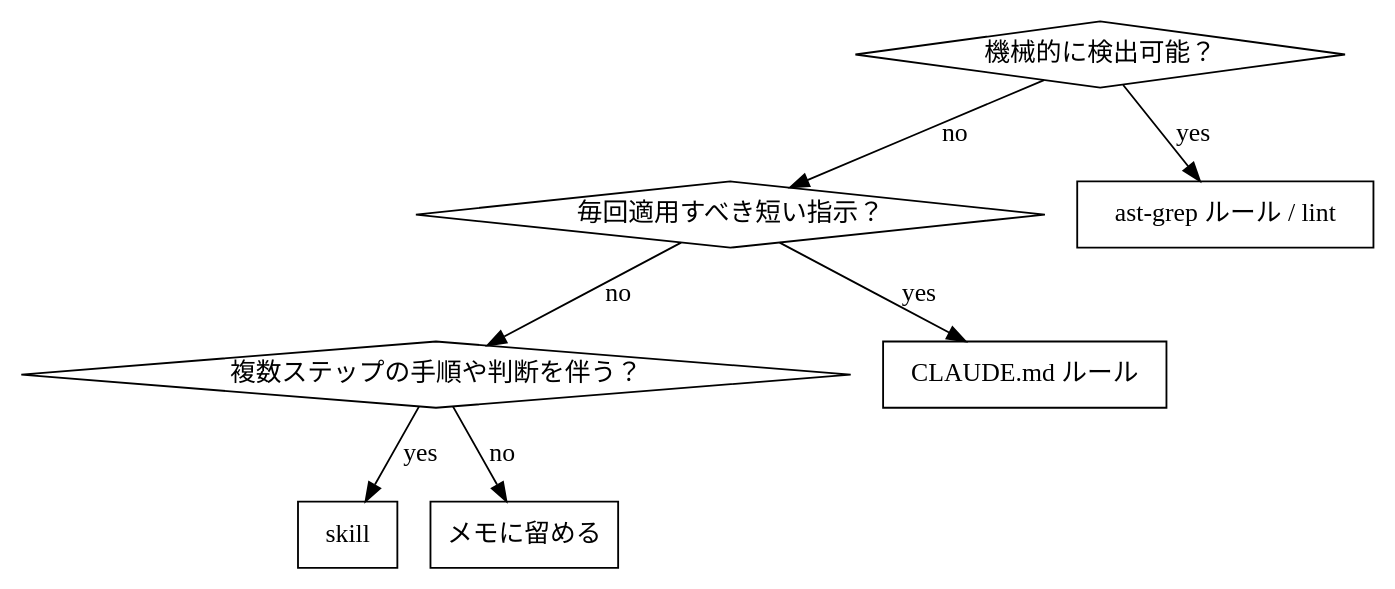
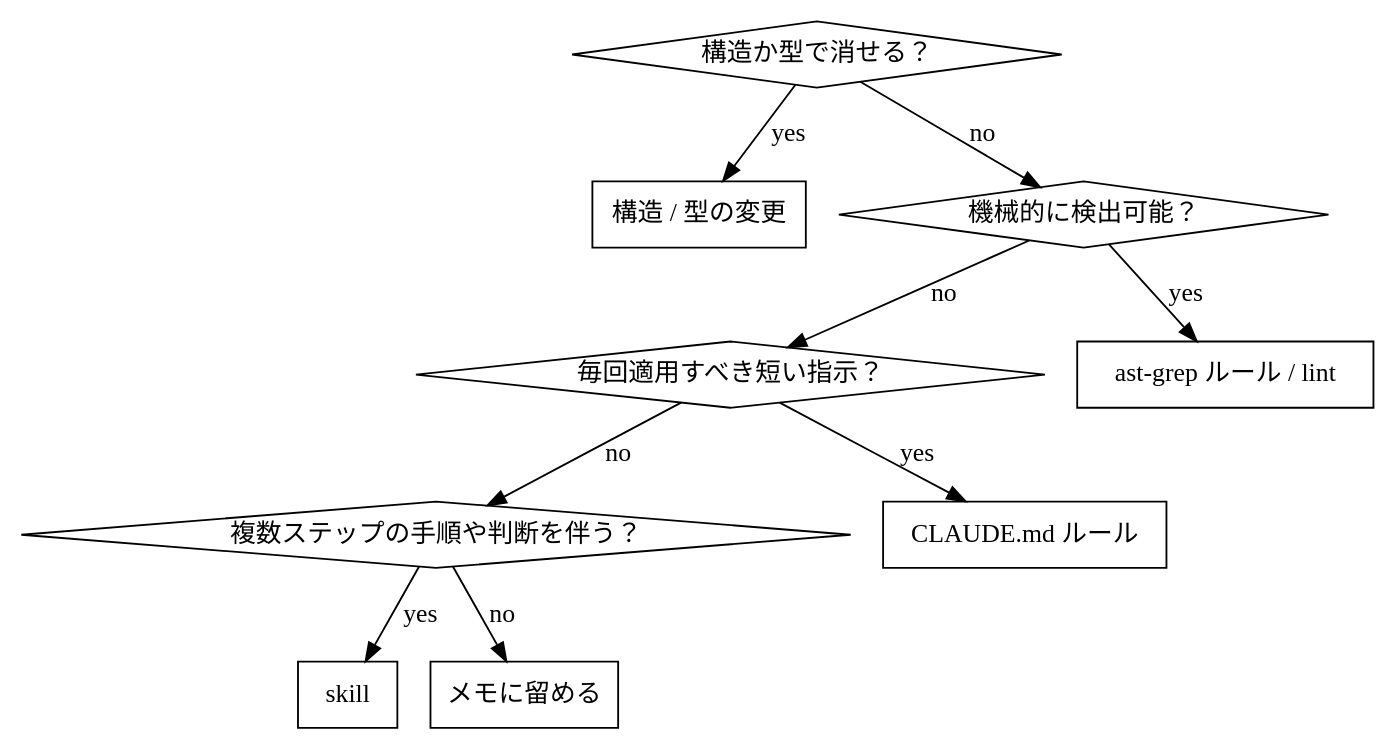
Before and after one commit to mizchi/skills: the diagram in retrospective-codify/SKILL-ja.md, drawn with Graphviz. The commit also changed other lines of this file and 11 other files, not shown here.

````diff
--- a/retrospective-codify/SKILL-ja.md
+++ b/retrospective-codify/SKILL-ja.md
@@ -62,18 +79,22 @@
 ```dot
 digraph classify {
+    "構造か型で消せる？" [shape=diamond];
+    "構造 / 型の変更" [shape=box];
+    "構造か型で消せる？" -> "構造 / 型の変更" [label="yes"];
+    "構造か型で消せる？" -> "機械的に検出可能？" [label="no"];
     "機械的に検出可能？" [shape=diamond];
     "毎回適用すべき短い指示？" [shape=diamond];
     "複数ステップの手順や判断を伴う？" [shape=diamond];
     "ast-grep ルール / lint" [shape=box];
     "CLAUDE.md ルール" [shape=box];
     "skill" [shape=box];
     "メモに留める" [shape=box];
 
     "機械的に検出可能？" -> "ast-grep ルール / lint" [label="yes"];
     "機械的に検出可能？" -> "毎回適用すべき短い指示？" [label="no"];
     "毎回適用すべき短い指示？" -> "CLAUDE.md ルール" [label="yes"];
     "毎回適用すべき短い指示？" -> "複数ステップの手順や判断を伴う？" [label="no"];
     "複数ステップの手順や判断を伴う？" -> "skill" [label="yes"];
     "複数ステップの手順や判断を伴う？" -> "メモに留める" [label="no"];
 }
 ```
````
